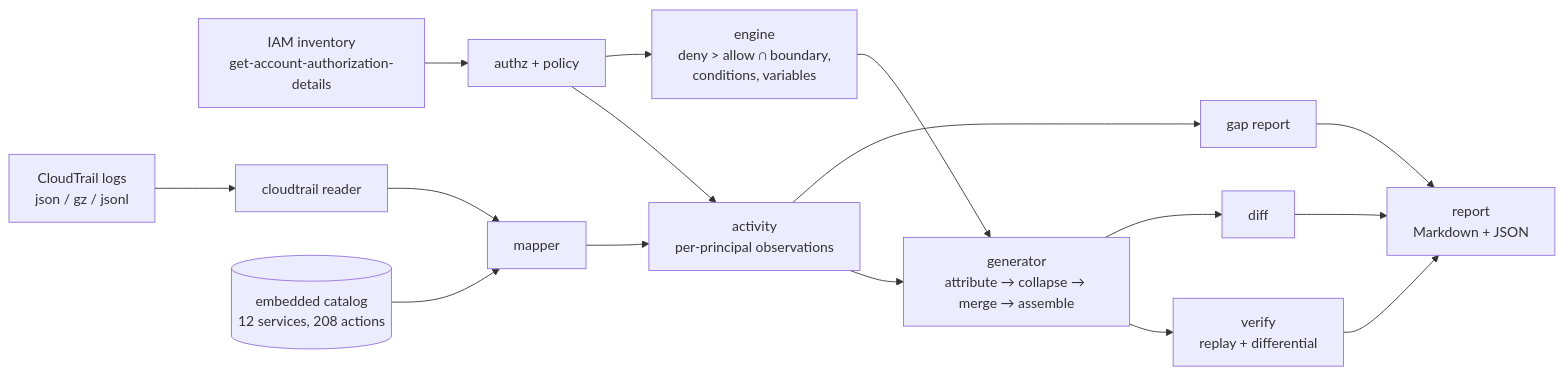
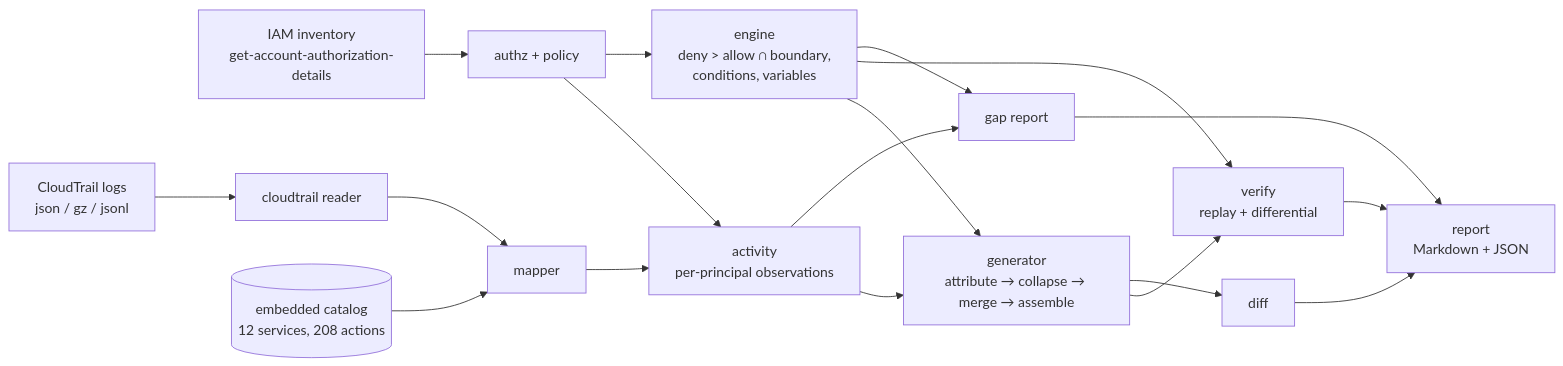
One commit to SlateGitOrg/leastpriv changed the diagram in README.md. Above: the diagram before and after it, drawn with Mermaid. The commit also changed other lines of this file and 2 other files, not shown here.

````diff
--- a/README.md
+++ b/README.md
@@ -41,15 +54,19 @@
 ```mermaid
 flowchart LR
-  AZ[IAM inventory<br/>get-account-authorization-details] --> AUTHZ[authz + policy]
-  CT[CloudTrail logs<br/>json / gz / jsonl] --> CTR[cloudtrail reader] --> MAP[mapper]
-  CAT[(embedded catalog<br/>12 services, 208 actions)] --> MAP
-  MAP --> ACT[activity<br/>per-principal observations]
+  AZ["IAM inventory<br/>get-account-authorization-details"] --> AUTHZ["authz + policy"]
+  CT["CloudTrail logs<br/>json / gz / jsonl"] --> CTR["cloudtrail reader"] --> MAP["mapper"]
+  CAT[("embedded catalog<br/>12 services, 208 actions")] --> MAP
+  MAP --> ACT["activity<br/>per-principal observations"]
   AUTHZ --> ACT
-  AUTHZ --> ENG[engine<br/>deny > allow ∩ boundary,<br/>conditions, variables]
-  ACT --> GEN[generator<br/>attribute → collapse → merge → assemble]
+  AUTHZ --> ENG["engine<br/>deny > allow ∩ boundary,<br/>conditions, variables"]
+  ACT --> GEN["generator<br/>attribute → collapse → merge → assemble"]
   ENG --> GEN
-  GEN --> VER[verify<br/>replay + differential]
-  ACT --> GAP[gap report]
-  GEN --> DIFF[diff]
-  VER & GAP & DIFF --> REP[report<br/>Markdown + JSON]
+  GEN --> VER["verify<br/>replay + differential"]
+  ENG --> VER
+  ACT --> GAP["gap report"]
+  ENG --> GAP
+  GEN --> DIFF["diff"]
+  VER --> REP["report<br/>Markdown + JSON"]
+  GAP --> REP
+  DIFF --> REP
 ```
````
